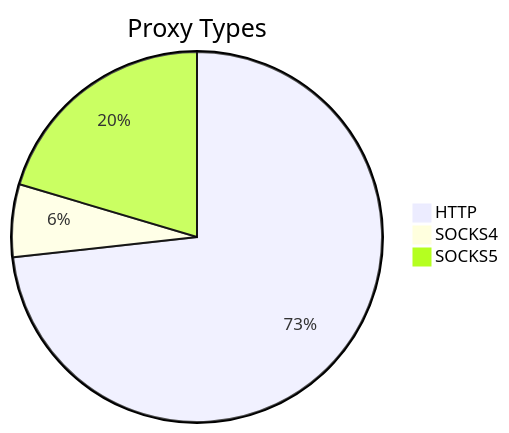
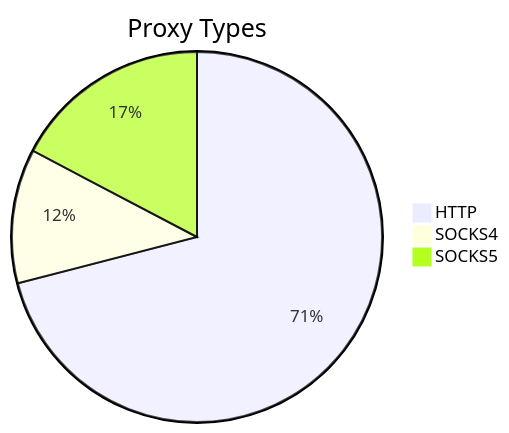
Before and after one commit to stormsia/proxy-list: the first of 2 diagrams in README.md, drawn with Mermaid. The commit also changed other lines of this file, not shown here.

````diff
--- a/README.md
+++ b/README.md
@@ -21,6 +21,6 @@
 ```mermaid
 pie title Proxy Types
-    "HTTP" : 334
-    "SOCKS4" : 29
-    "SOCKS5" : 93
+    "HTTP" : 599
+    "SOCKS4" : 99
+    "SOCKS5" : 146
 ```
````
